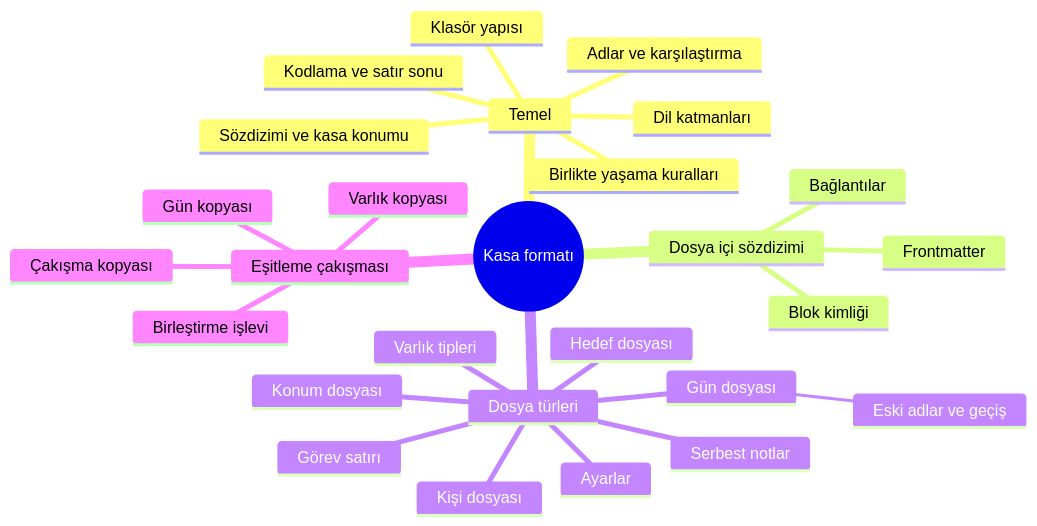
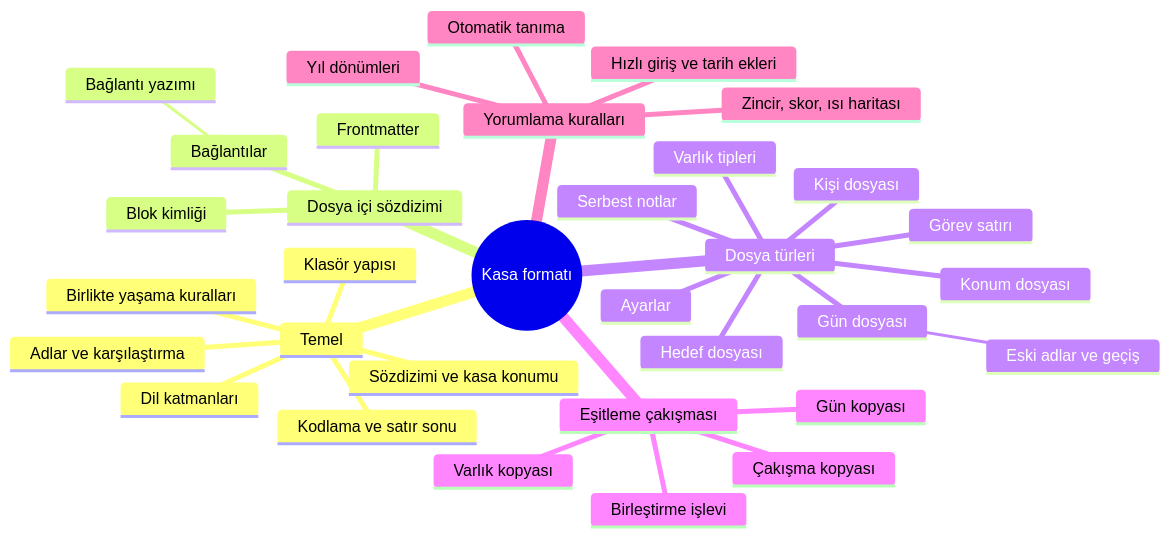
Before and after one commit to dogancanyildiz/kenet: the first of 22 diagrams in docs/vault-format.md, drawn with Mermaid. The commit also changed other lines of this file and 14 other files, not shown here.

````diff
--- a/docs/vault-format.md
+++ b/docs/vault-format.md
@@ -17,30 +17,36 @@
 ```mermaid
 mindmap
   root((Kasa formatı))
     Temel
       Kodlama ve satır sonu
       Sözdizimi ve kasa konumu
       Dil katmanları
       Birlikte yaşama kuralları
       Klasör yapısı
       Adlar ve karşılaştırma
     Dosya içi sözdizimi
       Frontmatter
       Bağlantılar
+        Bağlantı yazımı
       Blok kimliği
     Dosya türleri
       Gün dosyası
         Eski adlar ve geçiş
       Görev satırı
       Kişi dosyası
       Konum dosyası
       Hedef dosyası
       Serbest notlar
       Ayarlar
       Varlık tipleri
     Eşitleme çakışması
       Gün kopyası
       Birleştirme işlevi
       Çakışma kopyası
       Varlık kopyası
+    Yorumlama kuralları
+      Otomatik tanıma
+      Hızlı giriş ve tarih ekleri
+      Yıl dönümleri
+      Zincir, skor, ısı haritası
 ```
````
